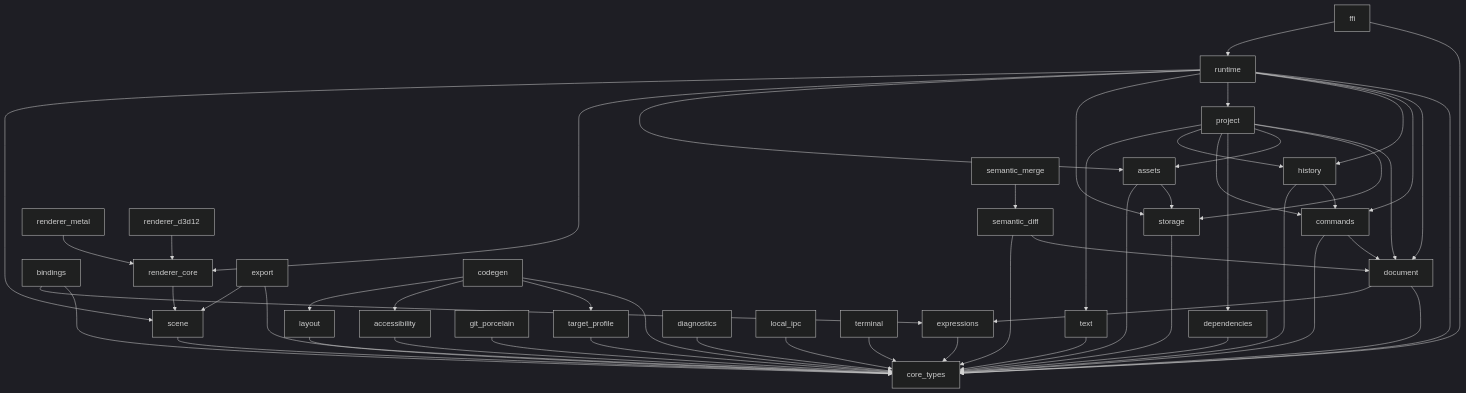
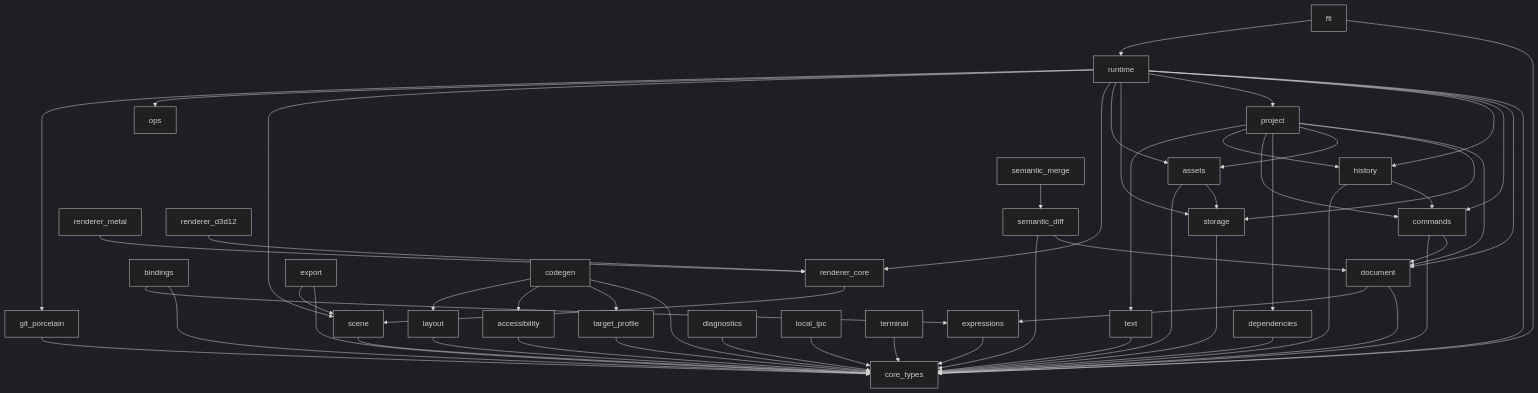
One commit to taeyoon0137/project-stellar changed the diagram in docs/architecture/crate-dependency-graph.md. Above: the diagram before and after it, drawn with Mermaid (dark theme). The commit also changed other lines of this file and 11 other files, not shown here.

````diff
--- a/docs/architecture/crate-dependency-graph.md
+++ b/docs/architecture/crate-dependency-graph.md
@@ -42,55 +42,57 @@
 ```mermaid
 graph TD
   document --> core_types
   document --> expressions
   commands --> document
   commands --> core_types
   history --> commands
   history --> core_types
   expressions --> core_types
   bindings --> core_types
   bindings --> expressions
   layout --> core_types
   text --> core_types
   scene --> core_types
   renderer_core --> scene
   renderer_metal --> renderer_core
   renderer_d3d12 --> renderer_core
   storage --> core_types
   assets --> storage
   assets --> core_types
   dependencies --> core_types
   project --> document
   project --> storage
   project --> assets
   project --> dependencies
   project --> commands
   project --> history
   project --> text
   semantic_diff --> document
   semantic_diff --> core_types
   semantic_merge --> semantic_diff
   git_porcelain --> core_types
   target_profile --> core_types
   accessibility --> core_types
   diagnostics --> core_types
   export --> core_types
   local_ipc --> core_types
   export --> scene
   terminal --> core_types
   codegen --> core_types
   codegen --> target_profile
   codegen --> accessibility
   codegen --> layout
   runtime --> core_types
   runtime --> document
   runtime --> commands
   runtime --> history
   runtime --> project
   runtime --> storage
   runtime --> assets
   runtime --> renderer_core
   runtime --> scene
+  runtime --> ops
+  runtime --> git_porcelain
   ffi --> core_types
   ffi --> runtime
 ```
````
